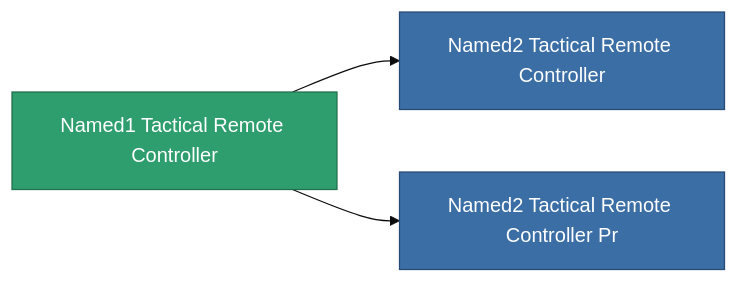
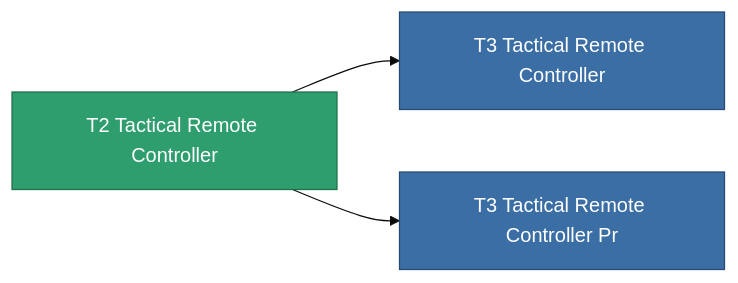
One commit to OpenPerpetuum/Wiki changed the diagram in content/content/items/named1_tactical_remote_controller.md. Above: the diagram before and after it, drawn with Mermaid (base theme). The commit also changed other lines of this file and 4904 other files, not shown here.

````diff
--- a/content/content/items/named1_tactical_remote_controller.md
+++ b/content/content/items/named1_tactical_remote_controller.md
@@ -76,13 +60,13 @@
 ```mermaid
 graph LR
-    a["Named1 Tactical Remote Controller"]:::current
-    b["Named2 Tactical Remote Controller"]:::prod
+    a["T2 Tactical Remote Controller"]:::current
+    b["T3 Tactical Remote Controller"]:::prod
     a --> b
-    click b "/content/items/named2-tactical-remote-controller/" "Named2 Tactical Remote Controller"
-    c["Named2 Tactical Remote Controller Pr"]:::prod
+    click b "/content/items/named2-tactical-remote-controller/" "T3 Tactical Remote Controller"
+    c["T3 Tactical Remote Controller Pr"]:::prod
     a --> c
-    click c "/content/items/named2-tactical-remote-controller-pr/" "Named2 Tactical Remote Controller Pr"
+    click c "/content/items/named2-tactical-remote-controller-pr/" "T3 Tactical Remote Controller Pr"
     classDef current fill:#2f9e6f,stroke:#1f6f4a,color:#ffffff
     classDef prod fill:#3b6ea5,stroke:#274a75,color:#ffffff
     classDef more fill:#39445a,stroke:#54658a,color:#d5dbe8
 ```
````
